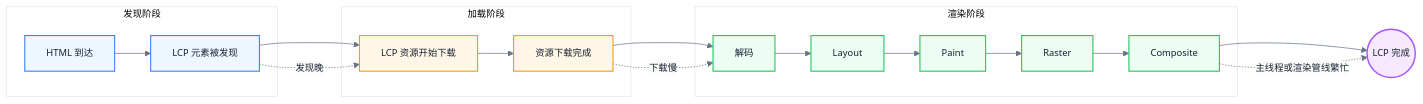
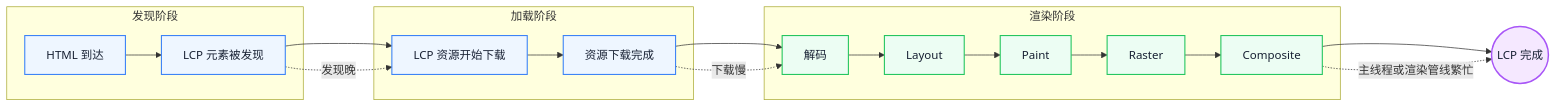
Before and after one commit to Fatejian/frontier-vault: the second of 3 diagrams in docs/performance/critical-path.md, drawn with Mermaid. The commit also changed other lines of this file and 41 other files, not shown here.

````diff
--- a/docs/performance/critical-path.md
+++ b/docs/performance/critical-path.md
@@ -399,41 +329,38 @@
 ```mermaid
-%%{init: {'theme': 'base', 'themeVariables': { 'fontFamily': 'Inter, PingFang SC, Microsoft YaHei, sans-serif', 'primaryColor': '#F8FAFC', 'fontSize': '13px', 'primaryTextColor': '#172033', 'primaryBorderColor': '#CBD5E1', 'lineColor': '#64748B'}}}%%
 flowchart LR
     subgraph Phase1[发现阶段]
         A[HTML 到达]
         B[LCP 元素被发现]
         A --> B
     end
 
     subgraph Phase2[加载阶段]
         C[LCP 资源开始下载]
         D[资源下载完成]
         B --> C --> D
     end
 
     subgraph Phase3[渲染阶段]
         E[解码]
         F[Layout]
         G[Paint]
         H[Raster]
         I[Composite]
         D --> E --> F --> G --> H --> I
     end
 
     J((LCP 完成))
     I --> J
 
     B -. 发现晚 .-> C
     D -. 下载慢 .-> E
     I -. 主线程或渲染管线繁忙 .-> J
 
-    classDef discovery fill:#EEF6FF,stroke:#3B82F6,color:#172033,stroke-width:1.5px;
-    classDef loading fill:#FFF7E6,stroke:#F59E0B,color:#172033,stroke-width:1.5px;
-    classDef render fill:#ECFDF3,stroke:#22C55E,color:#172033,stroke-width:1.5px;
     classDef metric fill:#F5E8FF,stroke:#A855F7,color:#172033,stroke-width:2px;
+    classDef wait fill:#EEF6FF,stroke:#3B82F6,color:#172033,stroke-width:1.5px;
+    classDef work fill:#ECFDF3,stroke:#22C55E,color:#172033,stroke-width:1.5px;
 
-    class A,B discovery;
-    class C,D loading;
-    class E,F,G,H,I render;
+    class A,B,C,D wait;
+    class E,F,G,H,I work;
     class J metric;
 ```
````
